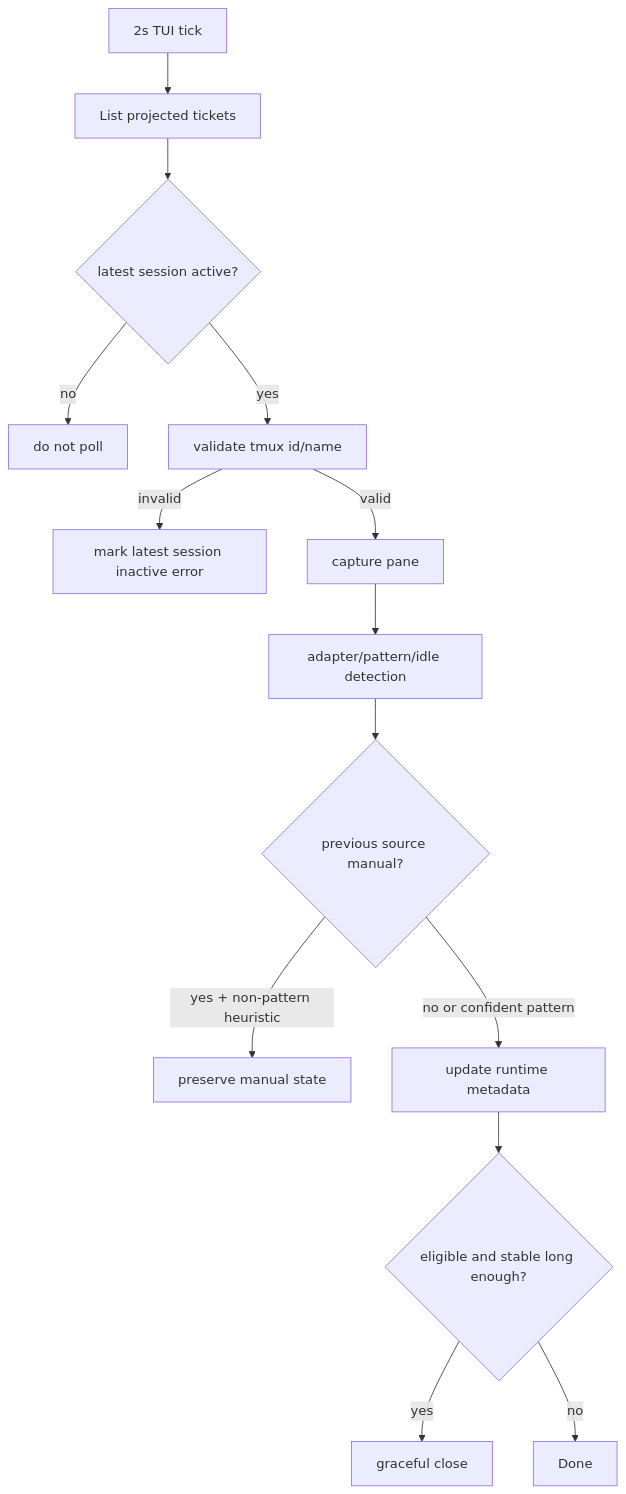
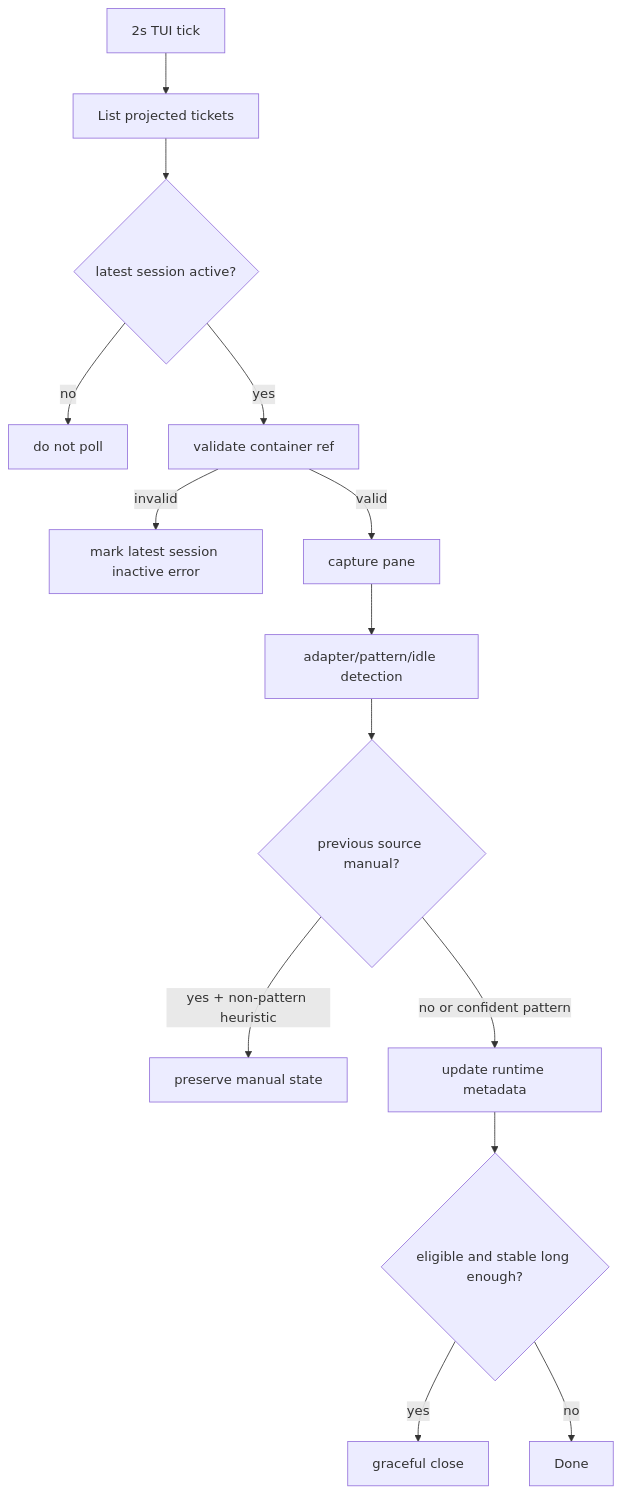
One commit to carlotran4/kanbi changed the fourth of 6 diagrams in docs/state-management.md. Above: the diagram before and after it, drawn with Mermaid. The commit also changed other lines of this file and 12 other files, not shown here.

````diff
--- a/docs/state-management.md
+++ b/docs/state-management.md
@@ -80,16 +80,16 @@
 ```mermaid
 flowchart TD
     Tick[2s TUI tick] --> List[List projected tickets]
     List --> Active{latest session active?}
     Active -- no --> Skip[do not poll]
-    Active -- yes --> Validate[validate tmux id/name]
+    Active -- yes --> Validate[validate container ref]
     Validate -- invalid --> Missing[mark latest session inactive error]
     Validate -- valid --> Capture[capture pane]
     Capture --> Detect[adapter/pattern/idle detection]
     Detect --> Manual{previous source manual?}
     Manual -- yes + non-pattern heuristic --> Preserve[preserve manual state]
     Manual -- no or confident pattern --> Update[update runtime metadata]
     Update --> AutoClose{eligible and stable long enough?}
     AutoClose -- yes --> Close[graceful close]
     AutoClose -- no --> Done
 ```
````
